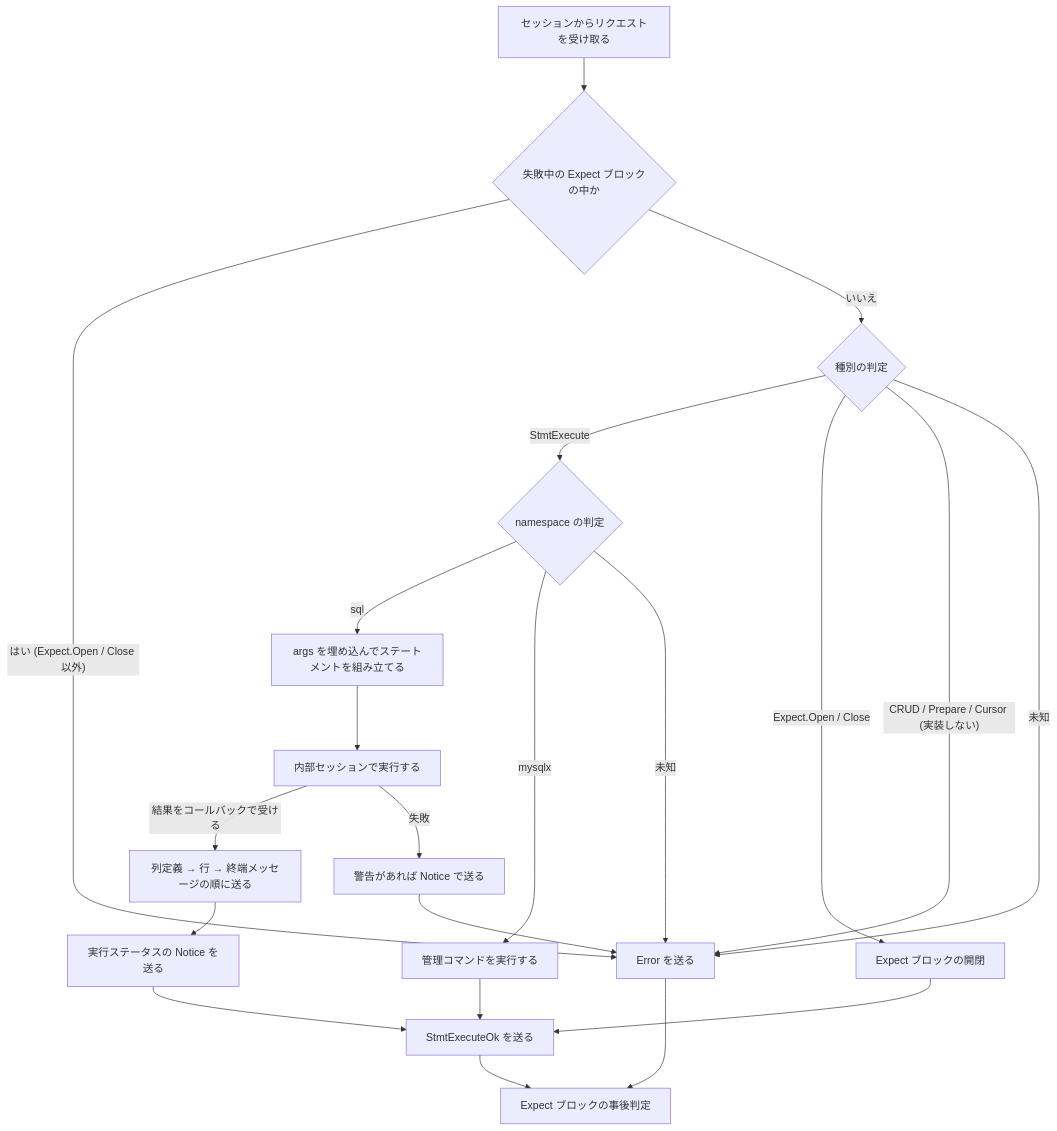
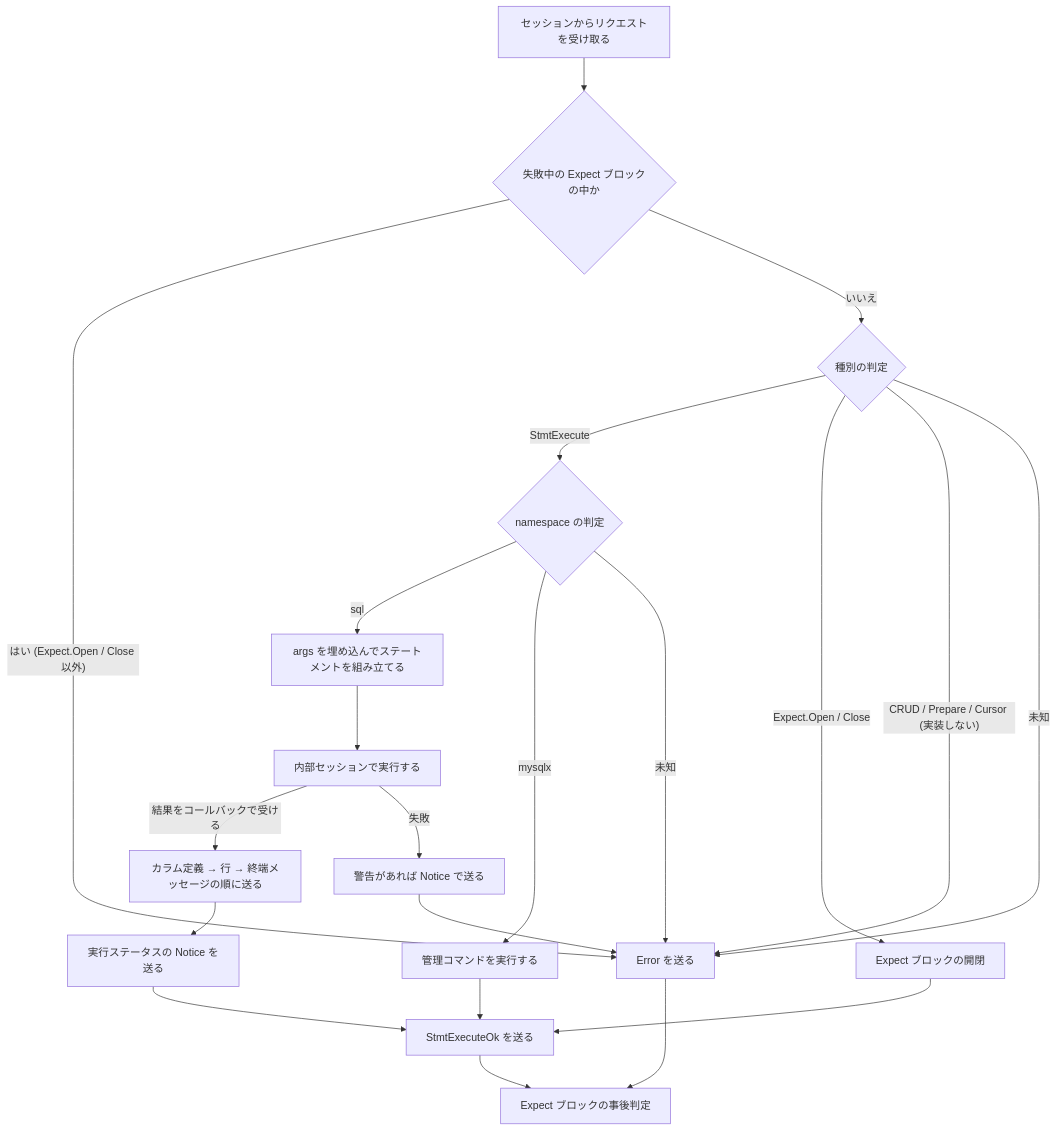
The diagram in docs/specification/dispatcher/command_dispatcher.md (ren-yamanashi/minesql), drawn with Mermaid before and after one commit. The commit also changed other lines of this file and 4 other files, not shown here.

````diff
--- a/docs/specification/dispatcher/command_dispatcher.md
+++ b/docs/specification/dispatcher/command_dispatcher.md
@@ -58,23 +58,23 @@
 ```mermaid
 flowchart TD
     R["セッションからリクエストを受け取る"] --> E1{"失敗中の Expect ブロックの中か"}
     E1 -- "はい (Expect.Open / Close 以外)" --> ERR["Error を送る"]
     E1 -- "いいえ" --> T{"種別の判定"}
     T -- "StmtExecute" --> NS{"namespace の判定"}
     T -- "Expect.Open / Close" --> EX["Expect ブロックの開閉"]
     T -- "CRUD / Prepare / Cursor (実装しない)" --> ERR
     T -- "未知" --> ERR
     NS -- "sql" --> B["args を埋め込んでステートメントを組み立てる"]
     NS -- "mysqlx" --> ADM["管理コマンドを実行する"]
     NS -- "未知" --> ERR
     B --> X["内部セッションで実行する"]
-    X -- "結果をコールバックで受ける" --> S["列定義 → 行 → 終端メッセージの順に送る"]
+    X -- "結果をコールバックで受ける" --> S["カラム定義 → 行 → 終端メッセージの順に送る"]
     S --> N["実行ステータスの Notice を送る"]
     N --> OK["StmtExecuteOk を送る"]
     X -- "失敗" --> W["警告があれば Notice で送る"]
     W --> ERR
     ADM --> OK
     EX --> OK
     OK --> P["Expect ブロックの事後判定"]
     ERR --> P
 ```
````
